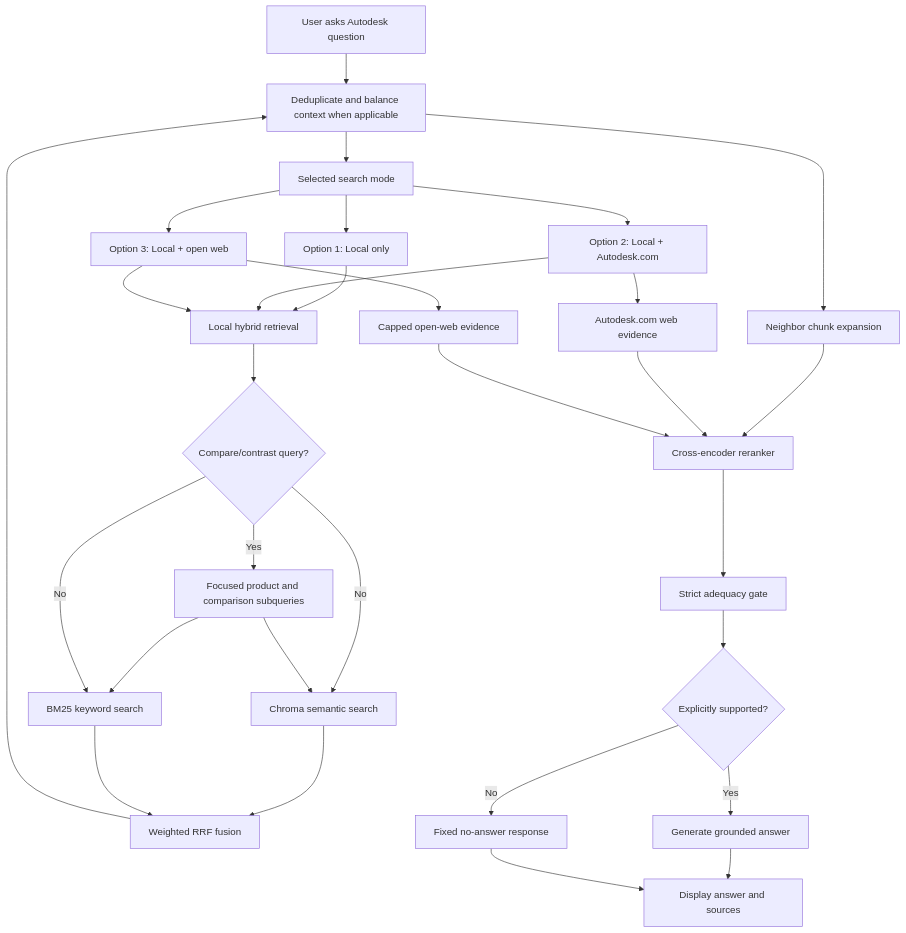
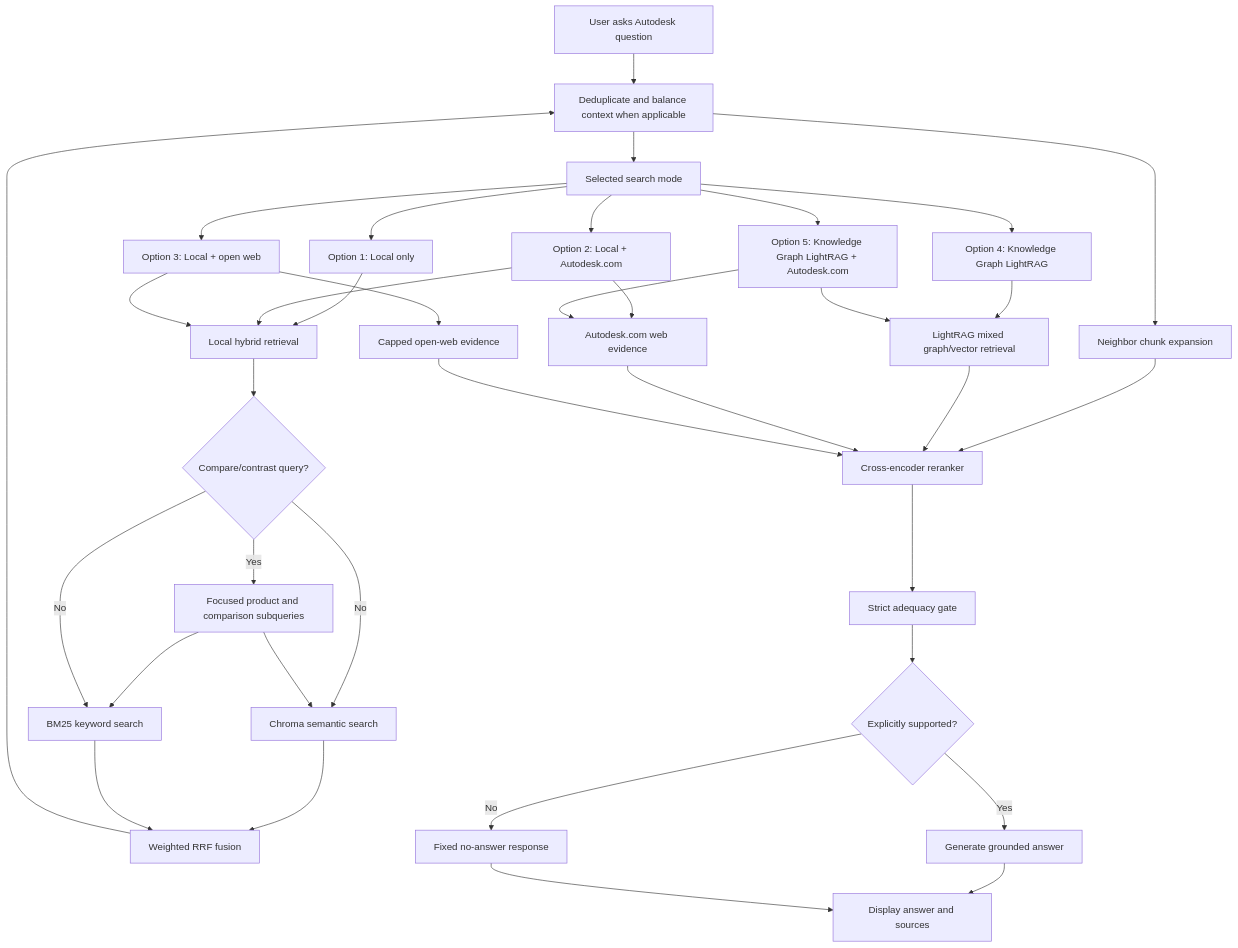
One commit to helsharif/autodesk-rag-app changed the first of 2 diagrams in FLOW_LOGIC_HIGH_LEVEL.md. Above: the diagram before and after it, drawn with Mermaid. The commit also changed other lines of this file and 10 other files, not shown here.

Commit message:
Split LightRAG into graph-only and web-assisted modes

````diff
--- a/FLOW_LOGIC_HIGH_LEVEL.md
+++ b/FLOW_LOGIC_HIGH_LEVEL.md
@@ -287,38 +300,44 @@
 ```mermaid
 flowchart TD
     A["User asks Autodesk question"] --> B["Streamlit app"]
     B --> C["Selected search mode"]
 
     C --> D1["Option 1: Local only"]
     C --> D2["Option 2: Local + Autodesk.com"]
     C --> D3["Option 3: Local + open web"]
+    C --> D4["Option 4: Knowledge Graph LightRAG"]
+    C --> D5["Option 5: Knowledge Graph LightRAG + Autodesk.com"]
 
     D1 --> E["Local hybrid retrieval"]
     D2 --> E
     D3 --> E
+    D4 --> KG["LightRAG mixed graph/vector retrieval"]
+    D5 --> KG
 
     E --> P{"Compare/contrast query?"}
     P -->|Yes| S["Focused product and comparison subqueries"]
     P -->|No| F1["Chroma semantic search"]
     S --> F1
     S --> F2["BM25 keyword search"]
     P -->|No| F2
     F1 --> G["Weighted RRF fusion"]
     F2 --> G
     G --> B["Deduplicate and balance context when applicable"]
     B --> H["Neighbor chunk expansion"]
 
     D2 --> W1["Autodesk.com web evidence"]
     D3 --> W2["Capped open-web evidence"]
+    D5 --> W1
 
     H --> R["Cross-encoder reranker"]
+    KG --> R
     W1 --> R
     W2 --> R
 
     R --> Q["Strict adequacy gate"]
     Q --> Z{"Explicitly supported?"}
     Z -->|Yes| Y["Generate grounded answer"]
     Z -->|No| N["Fixed no-answer response"]
     Y --> O["Display answer and sources"]
     N --> O
 ```
````
